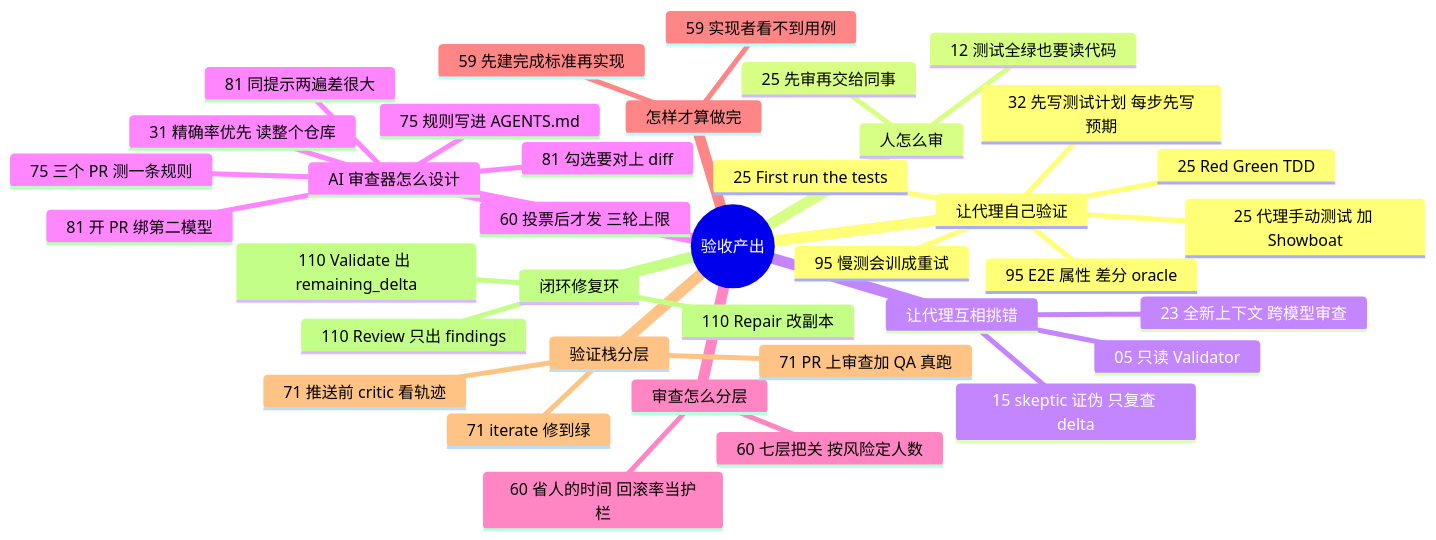
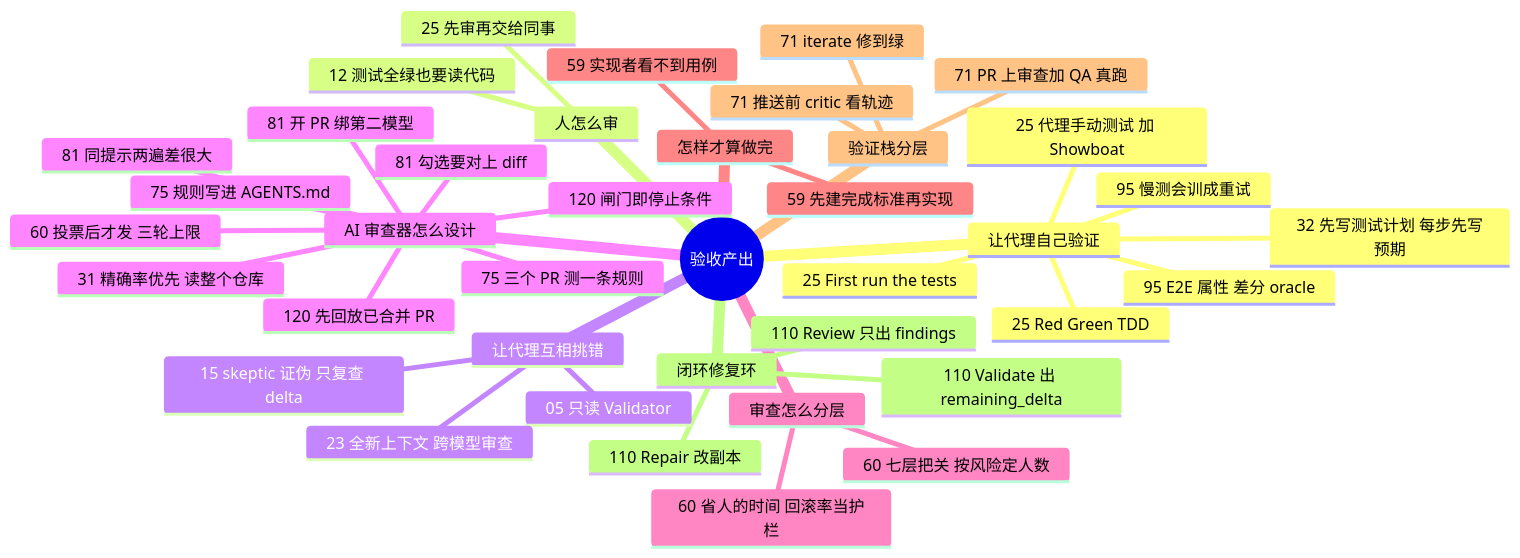
Before and after one commit to yzw7489757/ai-coding-videos: the diagram in docs/guide/review.md, drawn with Mermaid. The commit also changed other lines of this file and 20 other files, not shown here.

````diff
--- a/docs/guide/review.md
+++ b/docs/guide/review.md
@@ -15,40 +15,42 @@
 ```mermaid
 mindmap
   root((验收产出))
     让代理自己验证
       95 E2E 属性 差分 oracle
       95 慢测会训成重试
       25 Red Green TDD
       25 First run the tests
       25 代理手动测试 加 Showboat
       32 先写测试计划 每步先写预期
     人怎么审
       12 测试全绿也要读代码
       25 先审再交给同事
     让代理互相挑错
       15 skeptic 证伪 只复查 delta
       05 只读 Validator
       23 全新上下文 跨模型审查
     AI 审查器怎么设计
       31 精确率优先 读整个仓库
       60 投票后才发 三轮上限
       75 规则写进 AGENTS.md
       75 三个 PR 测一条规则
       81 同提示两遍差很大
       81 开 PR 绑第二模型
       81 勾选要对上 diff
+      120 先回放已合并 PR
+      120 闸门即停止条件
     审查怎么分层
       60 七层把关 按风险定人数
       60 省人的时间 回滚率当护栏
     怎样才算做完
       59 先建完成标准再实现
       59 实现者看不到用例
     验证栈分层
       71 推送前 critic 看轨迹
       71 PR 上审查加 QA 真跑
       71 iterate 修到绿
     闭环修复环
       110 Review 只出 findings
       110 Repair 改副本
       110 Validate 出 remaining_delta
 ```
````
